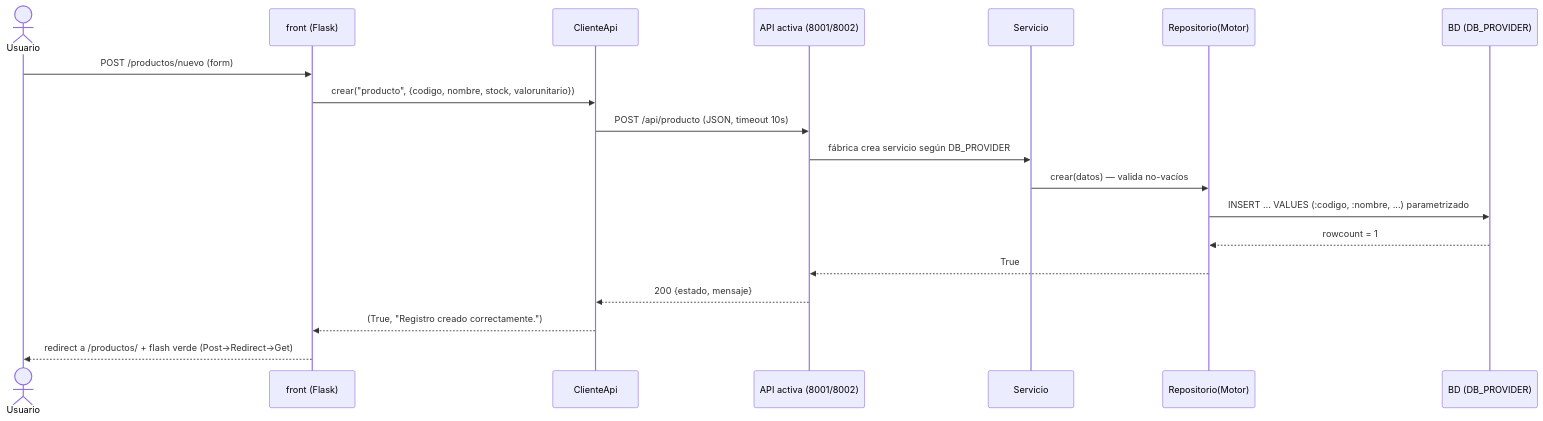
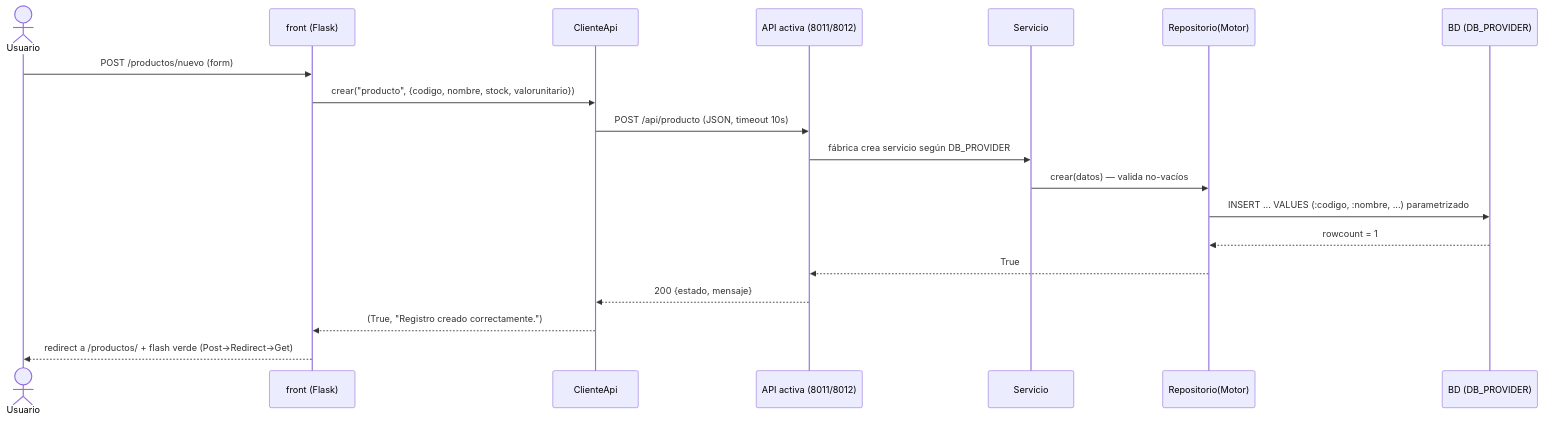
Before and after one commit to ccastro2050/proyecto_construccion1: the fifth of 8 diagrams in README.md, drawn with Mermaid. The commit also changed other lines of this file and 60 other files, not shown here.

````diff
--- a/README.md
+++ b/README.md
@@ -289,22 +289,22 @@
 ```mermaid
 sequenceDiagram
     actor U as Usuario
     participant F as front (Flask)
     participant C as ClienteApi
-    participant A as API activa (8001/8002)
+    participant A as API activa (8011/8012)
     participant S as Servicio
     participant R as Repositorio(Motor)
     participant BD as BD (DB_PROVIDER)
 
     U->>F: POST /productos/nuevo (form)
     F->>C: crear("producto", {codigo, nombre, stock, valorunitario})
     C->>A: POST /api/producto  (JSON, timeout 10s)
     A->>S: fábrica crea servicio según DB_PROVIDER
     S->>R: crear(datos)  — valida no-vacíos
     R->>BD: INSERT ... VALUES (:codigo, :nombre, ...) parametrizado
     BD-->>R: rowcount = 1
     R-->>A: True
     A-->>C: 200 {estado, mensaje}
     C-->>F: (True, "Registro creado correctamente.")
     F-->>U: redirect a /productos/ + flash verde (Post→Redirect→Get)
 ```
````
